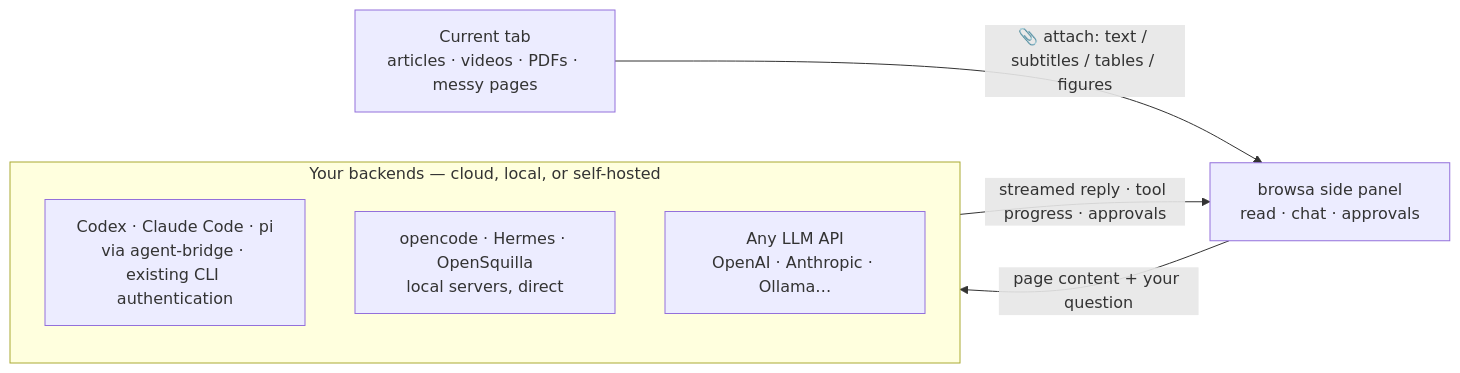
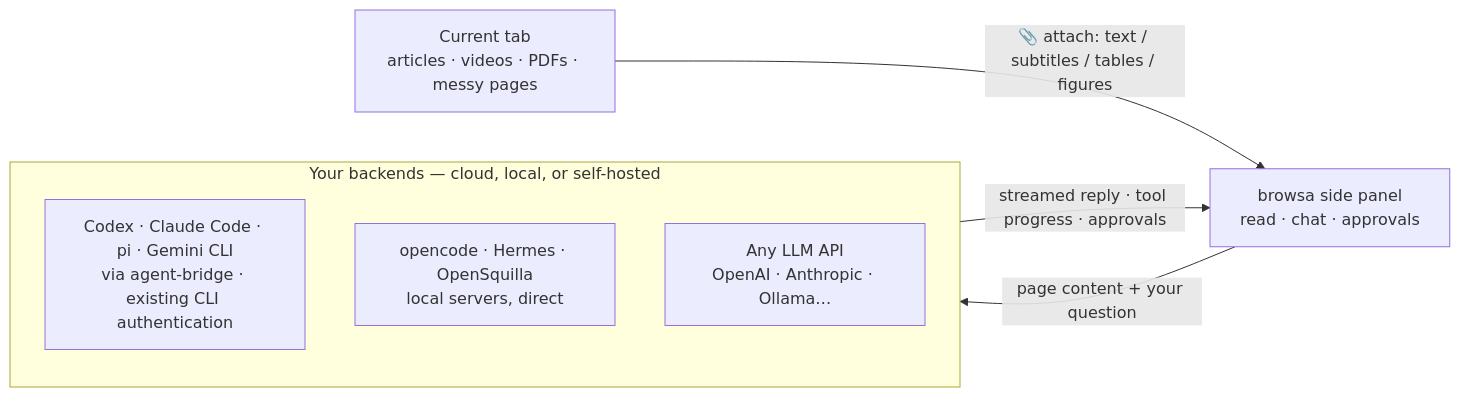
One commit to xiaohuzai/browsa changed the diagram in README.md. Above: the diagram before and after it, drawn with Mermaid. The commit also changed other lines of this file and 27 other files, not shown here.

````diff
--- a/README.md
+++ b/README.md
@@ -61,13 +62,13 @@
 ```mermaid
 flowchart LR
     P["Current tab<br/>articles · videos · PDFs · messy pages"]
     B["browsa side panel<br/>read · chat · approvals"]
     subgraph Y["Your backends — cloud, local, or self-hosted"]
-        A1["Codex · Claude Code · pi<br/>via agent-bridge · existing CLI authentication"]
+        A1["Codex · Claude Code · pi · Gemini CLI<br/>via agent-bridge · existing CLI authentication"]
         A2["opencode · Hermes · OpenSquilla<br/>local servers, direct"]
         A3["Any LLM API<br/>OpenAI · Anthropic · Ollama…"]
     end
     P -->|"📎 attach: text / subtitles / tables / figures"| B
     B -->|"page content + your question"| Y
     Y -->|"streamed reply · tool progress · approvals"| B
 ```
````
